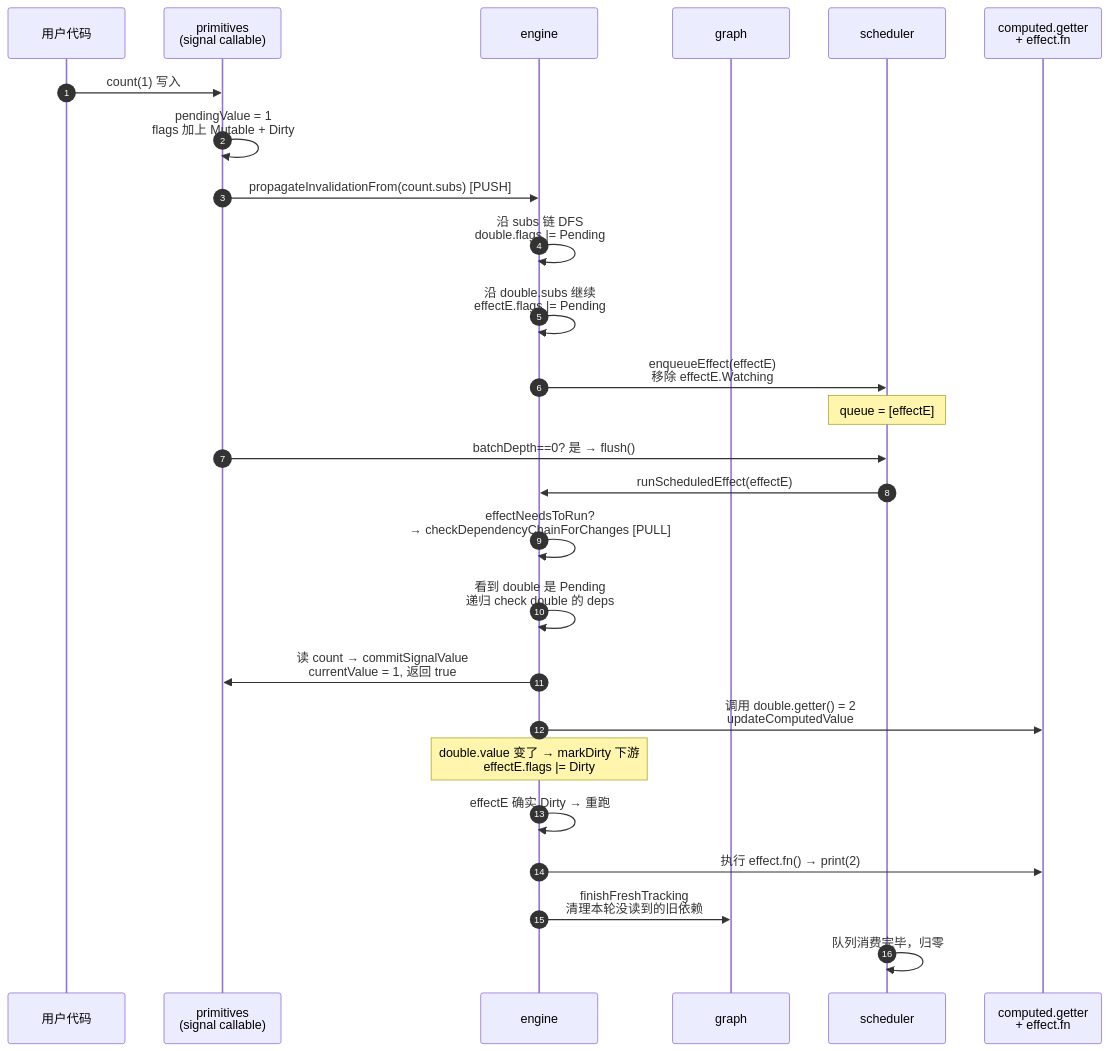
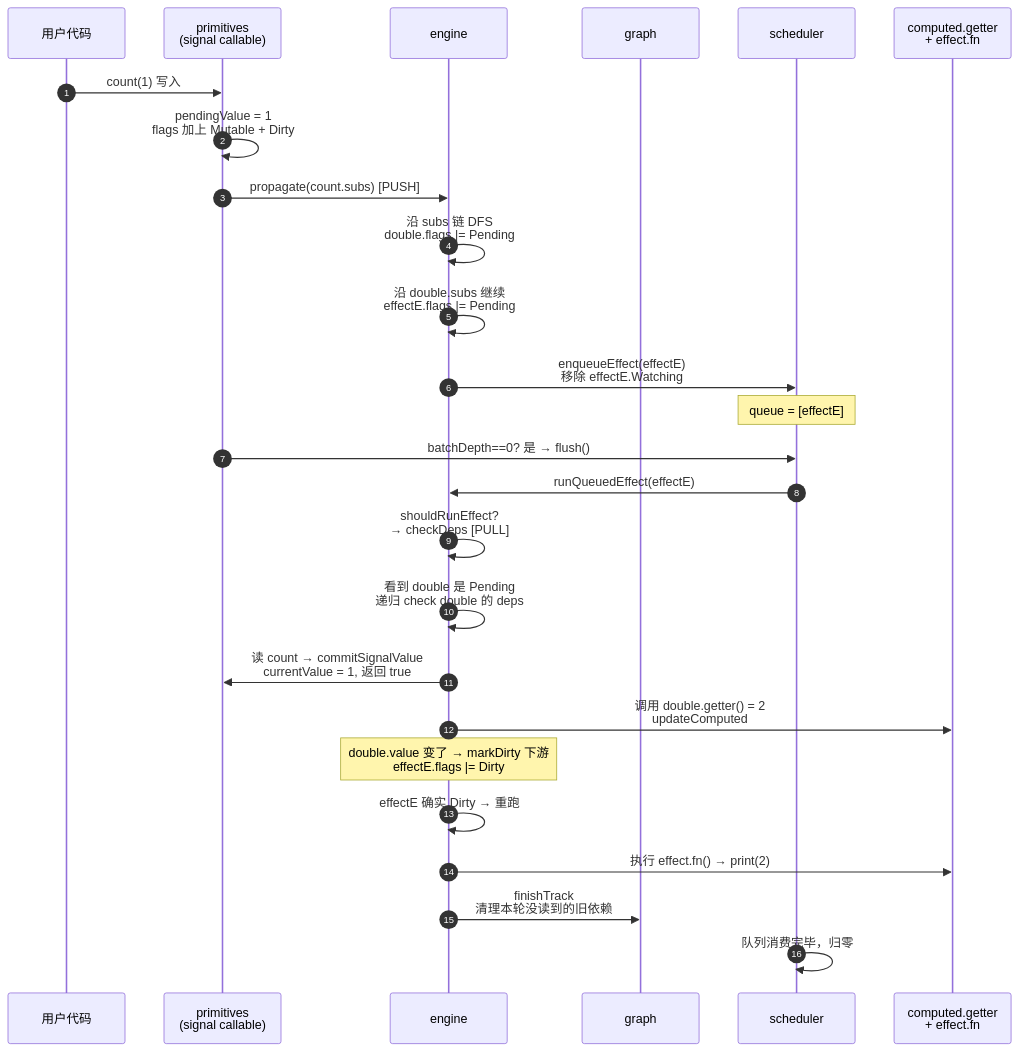
The diagram in refactored/docs/primitives.md (YanqingXu/alien-signals-in-lua), drawn with Mermaid before and after one commit. The commit also changed other lines of this file and 15 other files, not shown here.

````diff
--- a/refactored/docs/primitives.md
+++ b/refactored/docs/primitives.md
@@ -122,30 +122,30 @@
 ```mermaid
 sequenceDiagram
     autonumber
     participant U as 用户代码
     participant Pr as primitives<br/>(signal callable)
     participant Eg as engine
     participant Gr as graph
     participant Sc as scheduler
     participant Cb as computed.getter<br/>+ effect.fn
 
     U->>Pr: count(1)  写入
     Pr->>Pr: pendingValue = 1<br/>flags 加上 Mutable + Dirty
-    Pr->>Eg: propagateInvalidationFrom(count.subs) [PUSH]
+    Pr->>Eg: propagate(count.subs) [PUSH]
     Eg->>Eg: 沿 subs 链 DFS<br/>double.flags |= Pending
     Eg->>Eg: 沿 double.subs 继续<br/>effectE.flags |= Pending
     Eg->>Sc: enqueueEffect(effectE)<br/>移除 effectE.Watching
     Note over Sc: queue = [effectE]
     Pr->>Sc: batchDepth==0? 是 → flush()
 
-    Sc->>Eg: runScheduledEffect(effectE)
-    Eg->>Eg: effectNeedsToRun?<br/>→ checkDependencyChainForChanges [PULL]
+    Sc->>Eg: runQueuedEffect(effectE)
+    Eg->>Eg: shouldRunEffect?<br/>→ checkDeps [PULL]
     Eg->>Eg: 看到 double 是 Pending<br/>递归 check double 的 deps
     Eg->>Pr: 读 count → commitSignalValue<br/>currentValue = 1, 返回 true
-    Eg->>Cb: 调用 double.getter() = 2<br/>updateComputedValue
+    Eg->>Cb: 调用 double.getter() = 2<br/>updateComputed
     Note over Eg: double.value 变了 → markDirty 下游<br/>effectE.flags |= Dirty
     Eg->>Eg: effectE 确实 Dirty → 重跑
     Eg->>Cb: 执行 effect.fn() → print(2)
-    Eg->>Gr: finishFreshTracking<br/>清理本轮没读到的旧依赖
+    Eg->>Gr: finishTrack<br/>清理本轮没读到的旧依赖
     Sc->>Sc: 队列消费完毕，归零
 ```
````
